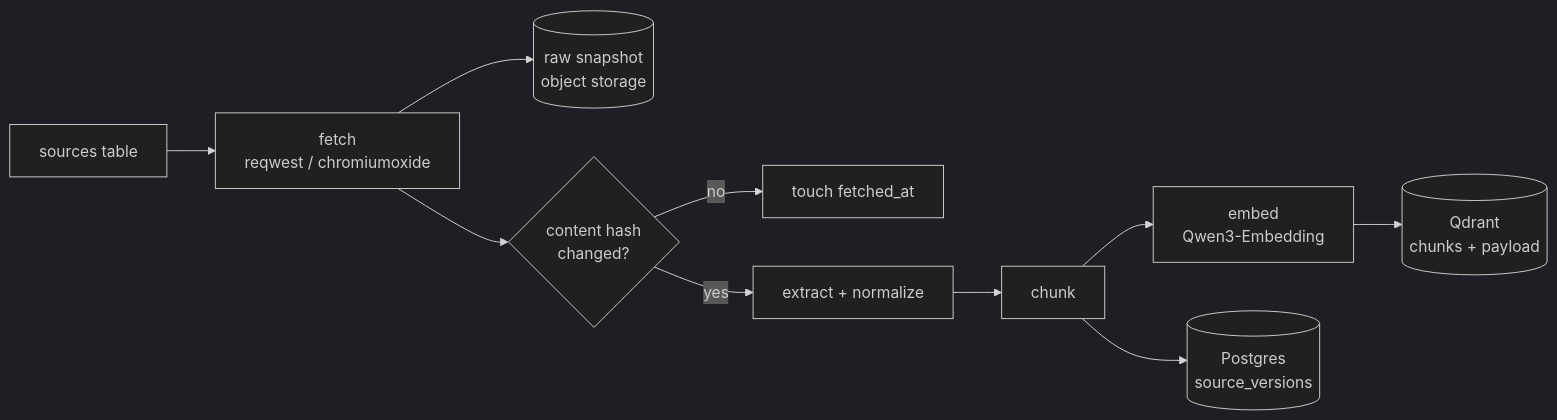
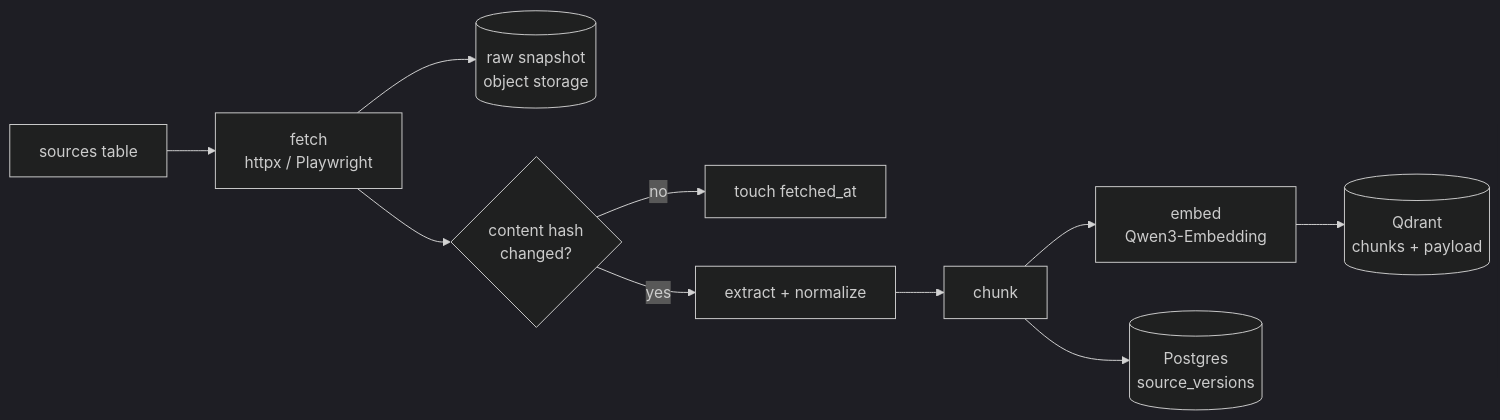
One commit to ashworks1706/SparkyAI changed the sixth of 9 diagrams in docs/ARCHITECTURE.md. Above: the diagram before and after it, drawn with Mermaid (dark theme). The commit also changed other lines of this file and 1 other file, not shown here.

First line of the commit message:
ARCHITECTURE.md: add Stack table, drop stale references

````diff
--- a/docs/ARCHITECTURE.md
+++ b/docs/ARCHITECTURE.md
@@ -301,12 +323,12 @@
 ```mermaid
 flowchart LR
-    SRC[sources table] --> F[fetch<br/>reqwest / chromiumoxide]
+    SRC[sources table] --> F[fetch<br/>httpx / Playwright]
     F --> SNAP[(raw snapshot<br/>object storage)]
     F --> HASH{content hash<br/>changed?}
     HASH -->|no| SKIP[touch fetched_at]
     HASH -->|yes| EX[extract + normalize]
     EX --> CH[chunk]
     CH --> EM[embed<br/>Qwen3-Embedding]
     EM --> QD[(Qdrant<br/>chunks + payload)]
     CH --> PG[(Postgres<br/>source_versions)]
 ```
````
